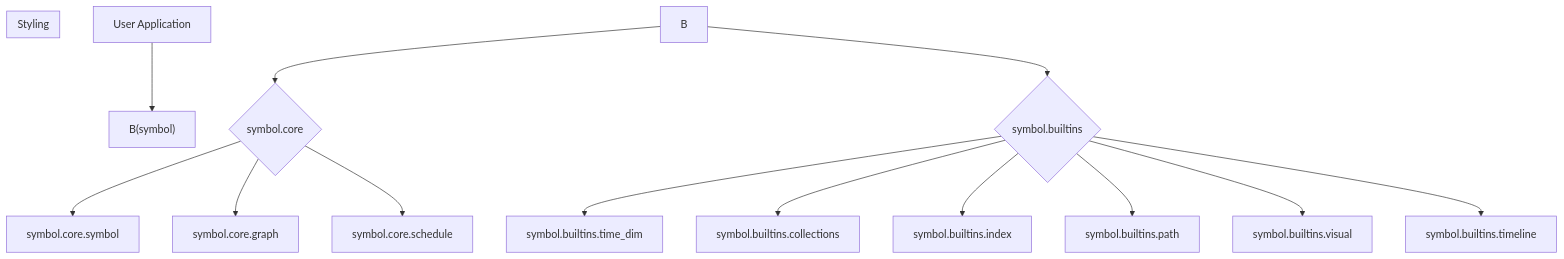
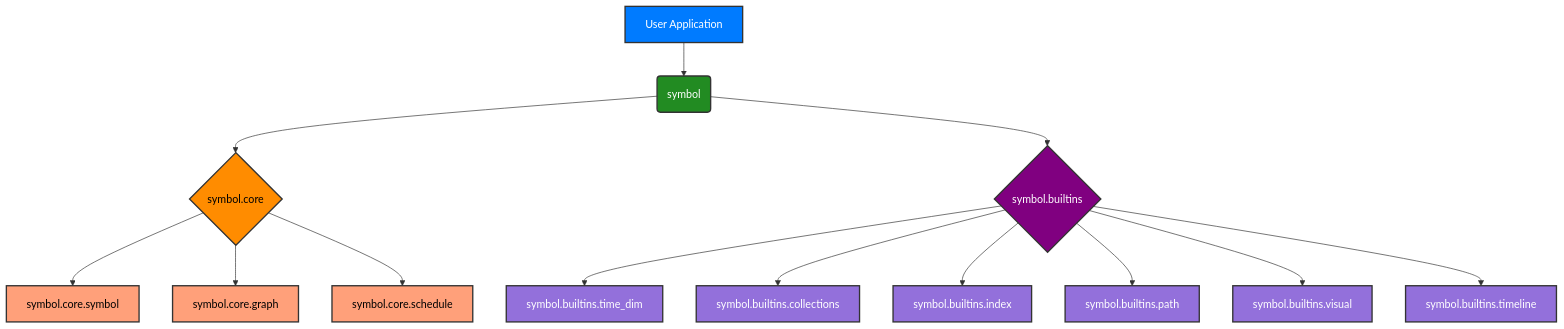
The first of 2 diagrams in README.md (ikko/sym), drawn with Mermaid before and after one commit. The commit also changed other lines of this file and 15 other files, not shown here.

Commit message:
inbetween cleaning examples and recolor mermaids

````diff
--- a/README.md
+++ b/README.md
@@ -76,18 +76,29 @@
 ```mermaid
 graph TD
-    A[User Application] --> B&#40symbol&#41
+    A[User Application] --> B(symbol)
     B --> C{symbol.core}
     B --> D{symbol.builtins}
     C --> E[symbol.core.symbol]
     C --> F[symbol.core.graph]
     C --> G[symbol.core.schedule]
     D --> H[symbol.builtins.time_dim]
     D --> I[symbol.builtins.collections]
     D --> J[symbol.builtins.index]
     D --> K[symbol.builtins.path]
     D --> L[symbol.builtins.visual]
     D --> M[symbol.builtins.timeline]
     
-    subgraph "Styling"
-    end
+    style A fill:#007BFF,stroke:#333,stroke-width:2px,color:#FFFFFF;
+    style B fill:#228B22,stroke:#333,stroke-width:2px,color:#FFFFFF;
+    style C fill:#FF8C00,stroke:#333,stroke-width:2px,color:#000000;
+    style D fill:#800080,stroke:#333,stroke-width:2px,color:#FFFFFF;
+    style E fill:#FFA07A,stroke:#333,stroke-width:2px,color:#000000;
+    style F fill:#FFA07A,stroke:#333,stroke-width:2px,color:#000000;
+    style G fill:#FFA07A,stroke:#333,stroke-width:2px,color:#000000;
+    style H fill:#9370DB,stroke:#333,stroke-width:2px,color:#FFFFFF;
+    style I fill:#9370DB,stroke:#333,stroke-width:2px,color:#FFFFFF;
+    style J fill:#9370DB,stroke:#333,stroke-width:2px,color:#FFFFFF;
+    style K fill:#9370DB,stroke:#333,stroke-width:2px,color:#FFFFFF;
+    style L fill:#9370DB,stroke:#333,stroke-width:2px,color:#FFFFFF;
+    style M fill:#9370DB,stroke:#333,stroke-width:2px,color:#FFFFFF;
 ```
````
